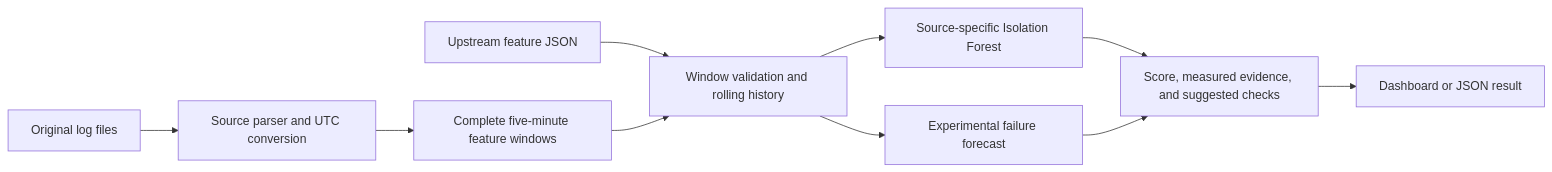
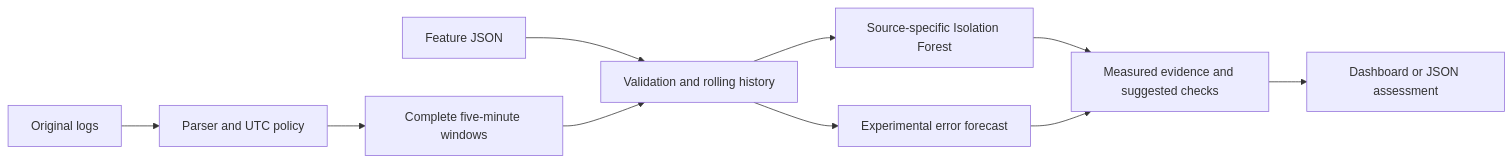
One commit to PolaAdolf/self-healing-log-intelligence changed the diagram in README.md. Above: the diagram before and after it, drawn with Mermaid. The commit also changed other lines of this file and 65 other files, not shown here.

````diff
--- a/README.md
+++ b/README.md
@@ -30,12 +36,12 @@
 ```mermaid
 flowchart LR
-    A[Original log files] --> B[Source parser and UTC conversion]
-    B --> C[Complete five-minute feature windows]
-    D[Upstream feature JSON] --> E[Window validation and rolling history]
+    A[Original logs] --> B[Parser and UTC policy]
+    B --> C[Complete five-minute windows]
+    D[Feature JSON] --> E[Validation and rolling history]
     C --> E
     E --> F[Source-specific Isolation Forest]
-    E --> G[Experimental failure forecast]
-    F --> H[Score, measured evidence, and suggested checks]
+    E --> G[Experimental error forecast]
+    F --> H[Measured evidence and suggested checks]
     G --> H
-    H --> I[Dashboard or JSON result]
+    H --> I[Dashboard or JSON assessment]
 ```
````
